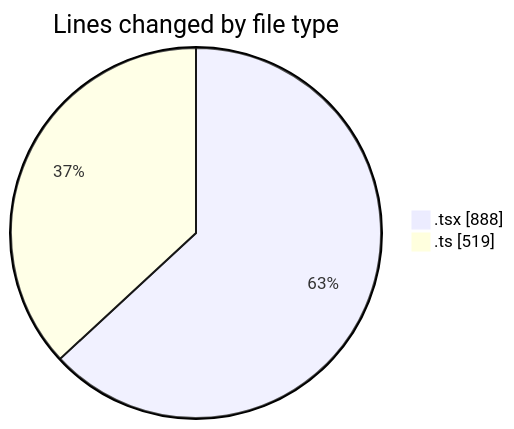
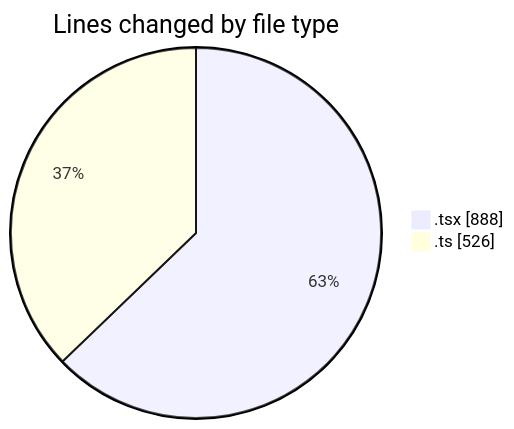
One commit to momahboobian/code-tracking changed the first of 2 diagrams in 2025-07-11/cda/README.md. Above: the diagram before and after it, drawn with Mermaid. The commit also changed other lines of this file and 1 other file, not shown here.

````diff
--- a/2025-07-11/cda/README.md
+++ b/2025-07-11/cda/README.md
@@ -24,6 +24,6 @@
 ```mermaid
 pie showData
 title Lines changed by file type
 ".tsx" : 888
-".ts" : 519
+".ts" : 526
 ```
````
